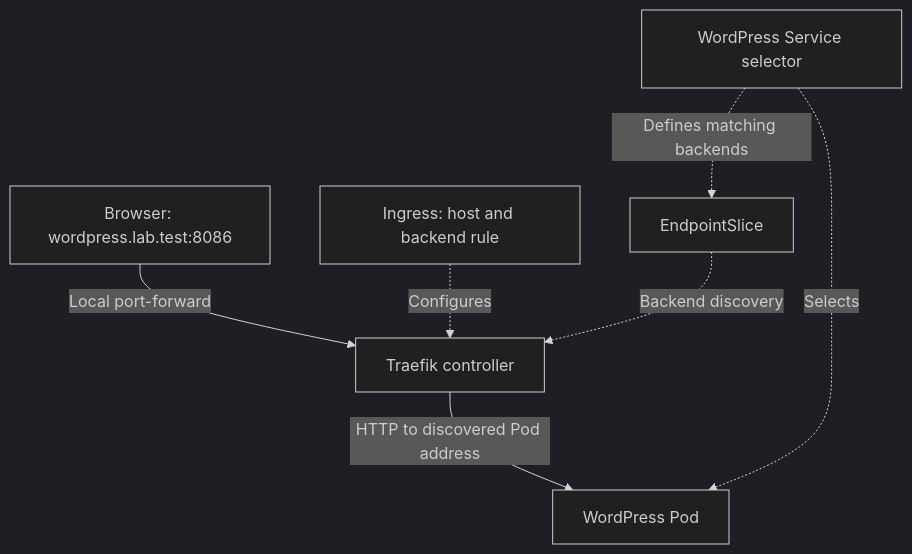
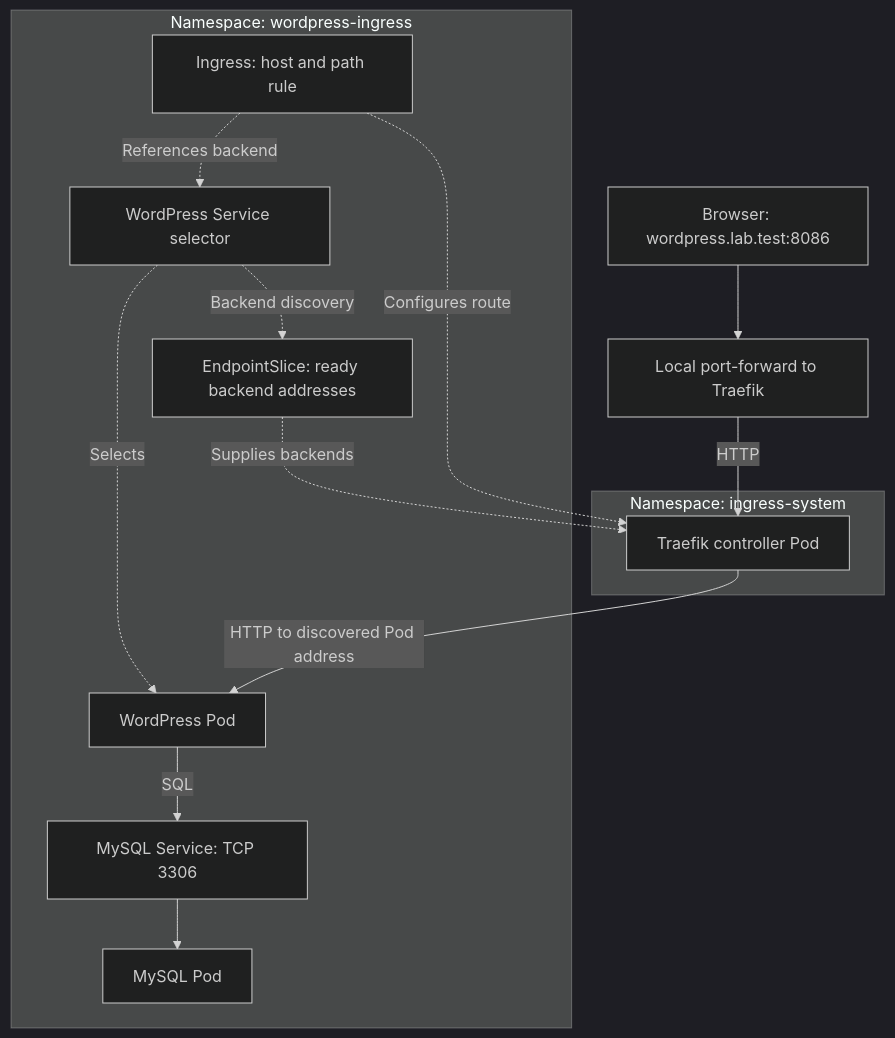
One commit to gabrielskrzypek/kiratech-challenge changed the third of 3 diagrams in docs/architecture.md. Above: the diagram before and after it, drawn with Mermaid (dark theme). The commit also changed other lines of this file and 1 other file, not shown here.

Commit message:
docs: complete architecture views and deployment boundaries

````diff
--- a/docs/architecture.md
+++ b/docs/architecture.md
@@ -157,9 +241,24 @@
 ```mermaid
-flowchart TD
-    B["Browser: wordpress.lab.test:8086"] -->|Local port-forward| T["Traefik controller"]
-    I["Ingress: host and backend rule"] -.->|Configures| T
-    T -->|HTTP to discovered Pod address| W["WordPress Pod"]
-    S["WordPress Service selector"] -.->|Selects| W
-    S -.->|Defines matching backends| E["EndpointSlice"]
-    E -.->|Backend discovery| T
+flowchart TB
+    B["Browser: wordpress.lab.test:8086"] --> F["Local port-forward to Traefik"]
+    subgraph controller["Namespace: ingress-system"]
+        T["Traefik controller Pod"]
+    end
+    subgraph application["Namespace: wordpress-ingress"]
+        I["Ingress: host and path rule"]
+        S["WordPress Service selector"]
+        E["EndpointSlice: ready backend addresses"]
+        W["WordPress Pod"]
+        DB["MySQL Service: TCP 3306"]
+        M["MySQL Pod"]
+        I -.->|References backend| S
+        S -.->|Selects| W
+        S -.->|Backend discovery| E
+        W -->|SQL| DB
+        DB --> M
+    end
+    F -->|HTTP| T
+    I -.->|Configures route| T
+    E -.->|Supplies backends| T
+    T -->|HTTP to discovered Pod address| W
 ```
````
